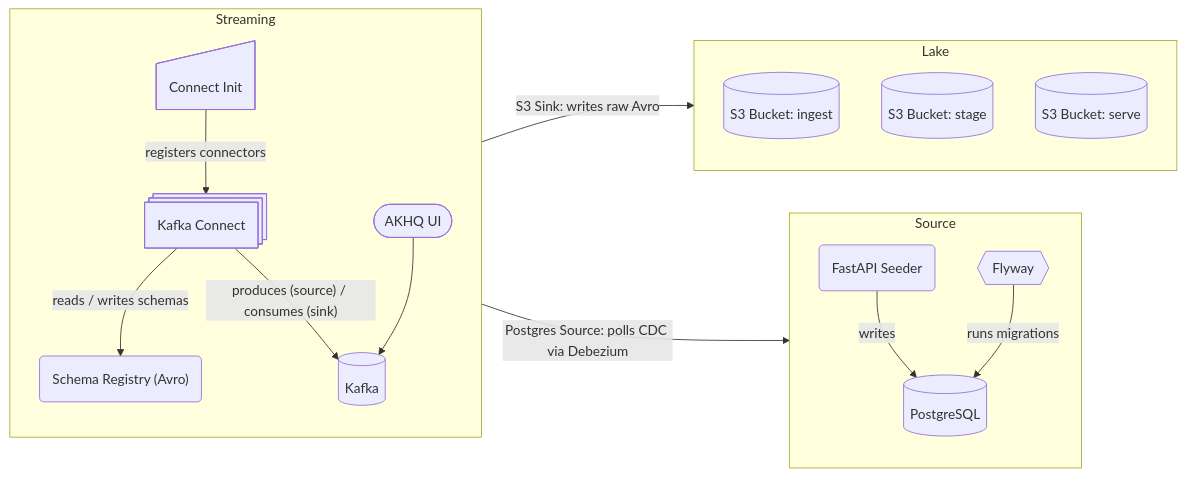
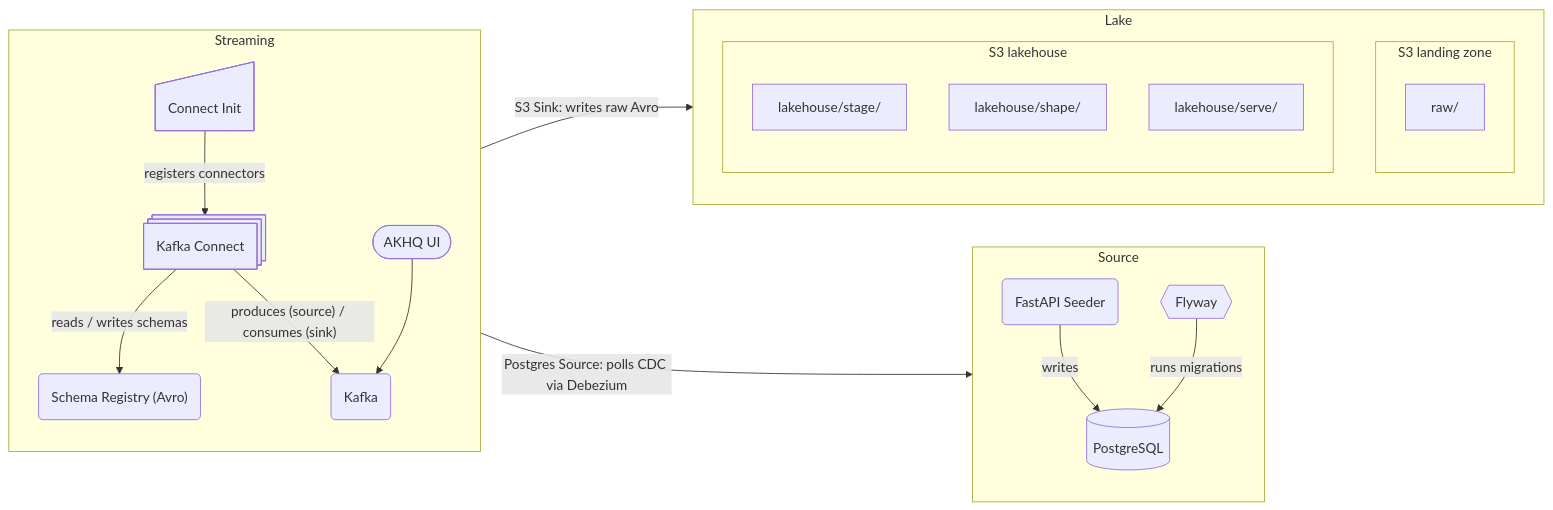
One commit to jxhnx/haus-am-see changed the diagram in README.MD. Above: the diagram before and after it, drawn with Mermaid. The commit also changed other lines of this file and 2 other files, not shown here.

Commit message:
feat: switch to raw and warehouse bucket architecture

````diff
--- a/README.MD
+++ b/README.MD
@@ -29,40 +29,47 @@
 ```mermaid
 flowchart LR
     %% Source zone
     subgraph Source
         direction TB
         Seeder@{ shape: rounded, label: "FastAPI Seeder" }
         Flyway@{ shape: hex, label: "Flyway" }
         Postgres@{ shape: cyl, label: "PostgreSQL" }
 
         Seeder -- "writes" --> Postgres
         Flyway -- "runs migrations" --> Postgres
     end
 
     %% Streaming zone
     subgraph Streaming
         direction TB
         Connect@{ shape: procs, label: "Kafka Connect" }
         SchemaRegistry@{ shape: rounded, label: "Schema Registry (Avro)" }
-        Kafka@{ shape: cyl, label: "Kafka" }
+        Kafka@{ shape: rounded, label: "Kafka" }
         AKHQ@{ shape: stadium, label: "AKHQ UI" }
         ConnectInit@{ shape: sl-rect, label: "Connect Init" }
 
         Connect -- "reads / writes schemas" --> SchemaRegistry
         Connect -- "produces (source) / consumes (sink)" --> Kafka
         AKHQ --> Kafka
         ConnectInit -- "registers connectors" --> Connect
     end
 
     %% Lake zone
     subgraph Lake
         direction TB
-        Ingest@{ shape: cylinder, label: "S3 Bucket: ingest" }
-        Stage@{ shape: cylinder, label: "S3 Bucket: stage" }
-        Serve@{ shape: cylinder, label: "S3 Bucket: serve" }
+        subgraph RawBucket ["S3 landing zone"]
+            direction TB
+            Raw@{ shape: rect, label: "raw/" }
+        end
+        subgraph LakehouseBucket ["S3 lakehouse"]
+            direction TB
+            Stage@{ shape: rect, label: "lakehouse/stage/" }
+            Shape@{ shape: rect, label: "lakehouse/shape/" }
+            Serve@{ shape: rect, label: "lakehouse/serve/" }
+        end
     end
 
     %% Cross-zone
     Connect -- "Postgres Source: polls CDC via Debezium" --> Postgres
-    Connect -- "S3 Sink: writes raw Avro" --> Ingest
+    Connect -- "S3 Sink: writes raw Avro" --> Raw
 ```
````
